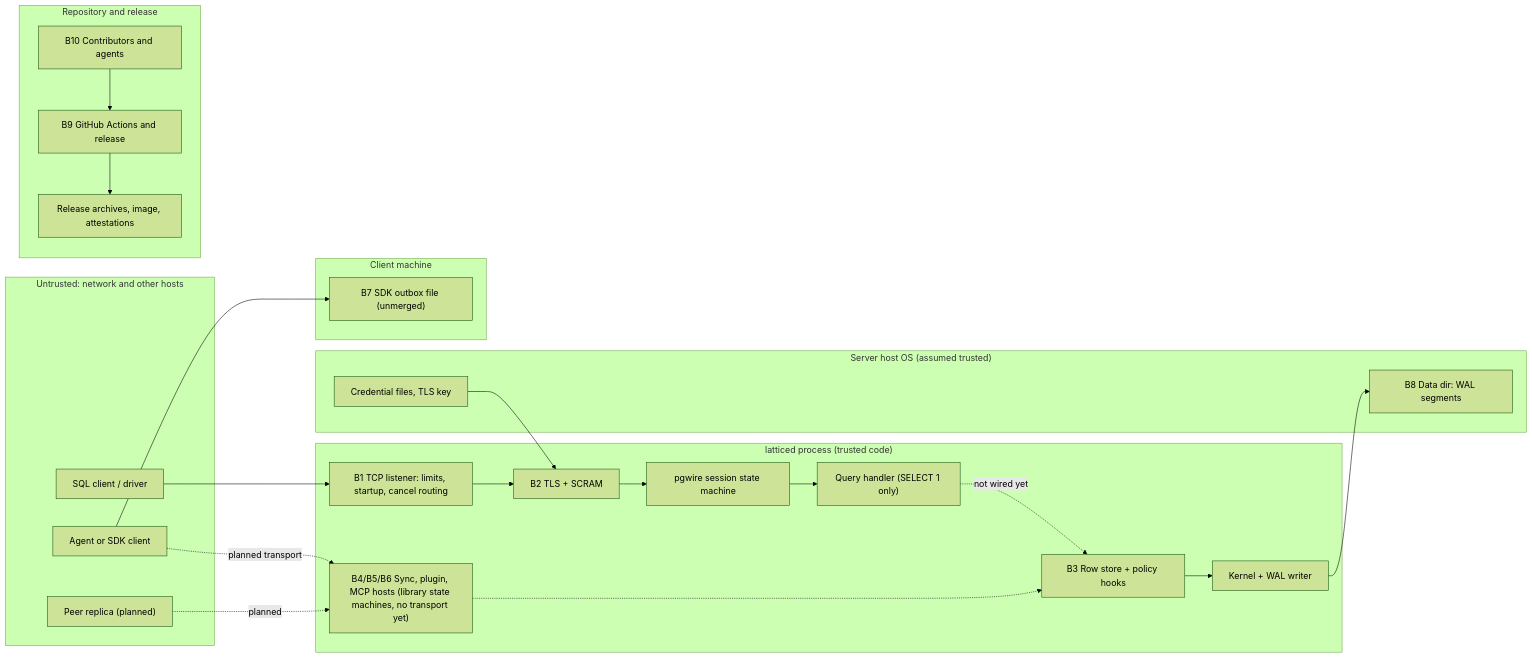
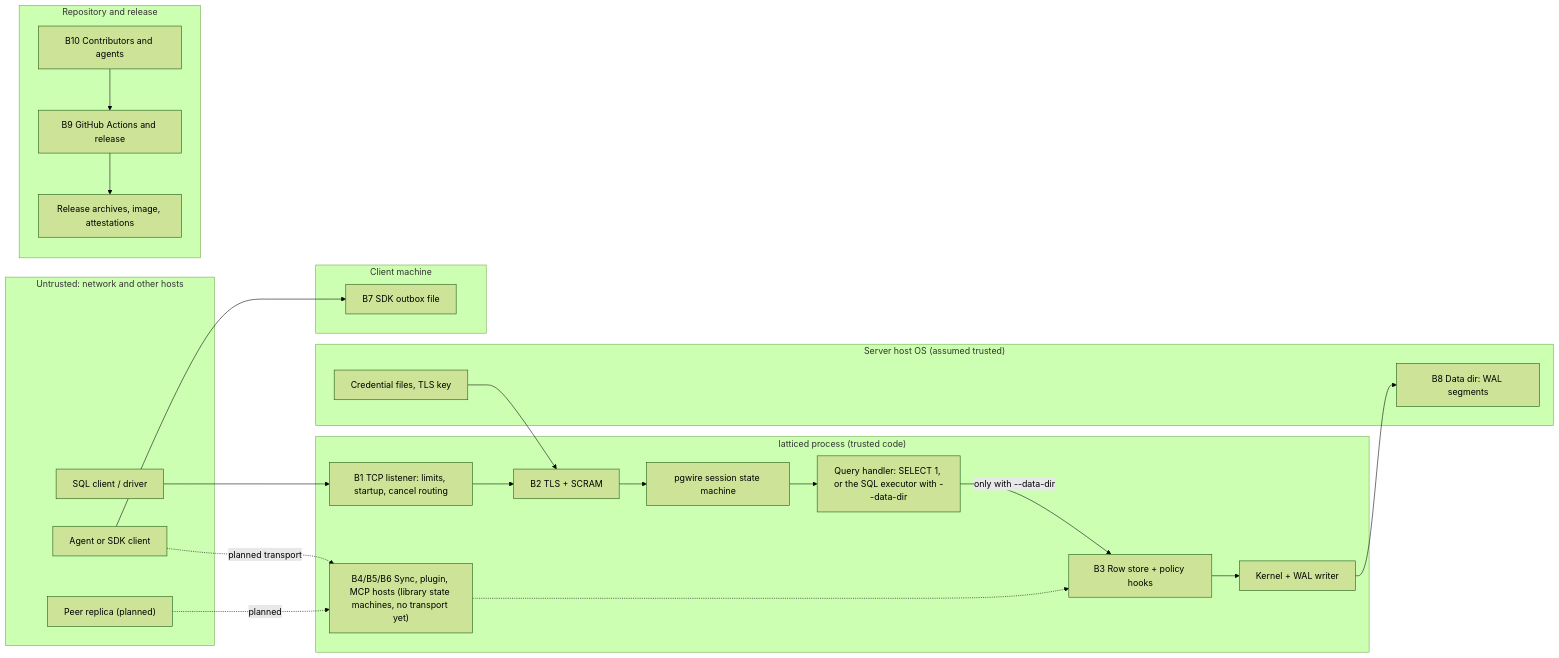
Before and after one commit to moncifem/latticedb: the diagram in docs/threat-model.md, drawn with Mermaid (forest theme). The commit also changed other lines of this file and 1 other file, not shown here.

First line of the commit message:
docs: refresh the threat model after the SQL listener, sync and CRDT PRs

````diff
--- a/docs/threat-model.md
+++ b/docs/threat-model.md
@@ -76,36 +76,36 @@
 ```mermaid
 flowchart LR
   subgraph Z0["Untrusted: network and other hosts"]
     NC["SQL client / driver"]
     AG["Agent or SDK client"]
     PR["Peer replica (planned)"]
   end
   subgraph Z1["latticed process (trusted code)"]
     L["B1 TCP listener: limits, startup, cancel routing"]
     T["B2 TLS + SCRAM"]
     S["pgwire session state machine"]
-    H["Query handler (SELECT 1 only)"]
+    H["Query handler: SELECT 1, or the SQL executor with --data-dir"]
     RS["B3 Row store + policy hooks"]
     K["Kernel + WAL writer"]
     SY["B4/B5/B6 Sync, plugin, MCP hosts (library state machines, no transport yet)"]
   end
   subgraph Z2["Server host OS (assumed trusted)"]
     D["B8 Data dir: WAL segments"]
     CF["Credential files, TLS key"]
   end
   subgraph Z3["Client machine"]
-    OB["B7 SDK outbox file (unmerged)"]
+    OB["B7 SDK outbox file"]
   end
   subgraph Z4["Repository and release"]
     CON["B10 Contributors and agents"]
     CI["B9 GitHub Actions and release"]
     REL["Release archives, image, attestations"]
   end
   NC --> L --> T --> S --> H
-  H -. "not wired yet" .-> RS --> K --> D
+  H -- "only with --data-dir" --> RS --> K --> D
   CF --> T
   AG -. "planned transport" .-> SY -.-> RS
   PR -. "planned" .-> SY
   AG --> OB
   CON --> CI --> REL
 ```
````
